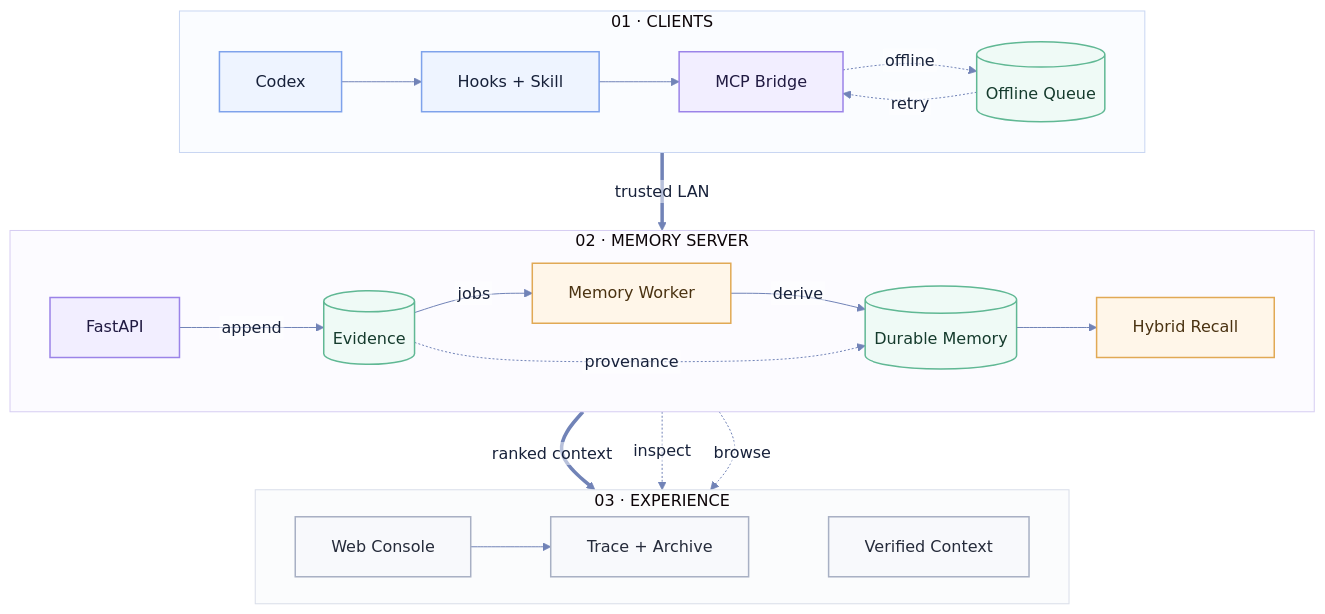
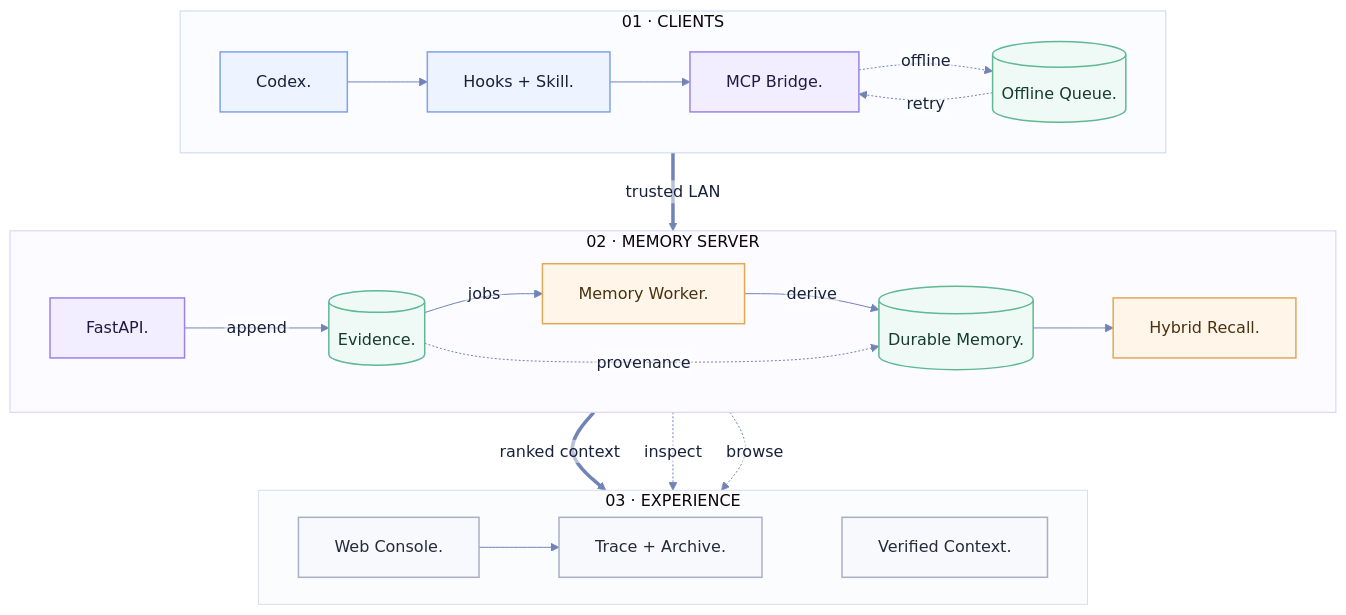
The diagram in docs/architecture.mmd (dawncc/OPEM), drawn with Mermaid before and after one commit. The commit also changed 7 other files, not shown here.

Commit message:
docs: refresh architecture assets

```diff
--- a/docs/architecture.mmd
+++ b/docs/architecture.mmd
@@ -1,80 +1,80 @@
 %%{init: {
   "theme": "base",
   "themeVariables": {
     "fontFamily": "Arial, Microsoft YaHei, sans-serif",
     "primaryColor": "#F4F7FF",
     "primaryTextColor": "#17213A",
     "primaryBorderColor": "#A9B9E8",
     "lineColor": "#7183B7",
     "secondaryColor": "#F8F6FF",
     "tertiaryColor": "#F3FBF8",
     "clusterBkg": "#FAFBFF",
     "clusterBorder": "#D9E0F2",
     "edgeLabelBackground": "#FFFFFF"
   },
   "flowchart": {
     "curve": "basis",
     "htmlLabels": false,
     "nodeSpacing": 34,
     "rankSpacing": 55,
     "padding": 18
   }
 }}%%
 flowchart TB
     subgraph CLIENTS["01 · CLIENTS"]
         direction LR
-        CODEX["Codex "]
-        CAPTURE["Hooks + Skill "]
-        BRIDGE["MCP Bridge "]
-        QUEUE[("Offline Queue ")]
+        CODEX["Codex."]
+        CAPTURE["Hooks + Skill."]
+        BRIDGE["MCP Bridge."]
+        QUEUE[("Offline Queue.")]
 
         CODEX --> CAPTURE --> BRIDGE
         BRIDGE -. "offline" .-> QUEUE
         QUEUE -. "retry" .-> BRIDGE
     end
 
     subgraph SERVER["02 · MEMORY SERVER"]
         direction LR
-        API["FastAPI "]
-        RAW[("Evidence ")]
-        WORKER["Memory Worker "]
-        MEMORY[("Durable Memory ")]
-        RECALL["Hybrid Recall "]
+        API["FastAPI."]
+        RAW[("Evidence.")]
+        WORKER["Memory Worker."]
+        MEMORY[("Durable Memory.")]
+        RECALL["Hybrid Recall."]
 
         API -->|"append"| RAW
         RAW -->|"jobs"| WORKER
         WORKER -->|"derive"| MEMORY
         MEMORY --> RECALL
         RAW -. "provenance" .-> MEMORY
     end
 
     subgraph EXPERIENCE["03 · EXPERIENCE"]
         direction LR
-        UI["Web Console "]
-        TRACE["Trace + Archive "]
-        CONTEXT["Verified Context "]
+        UI["Web Console."]
+        TRACE["Trace + Archive."]
+        CONTEXT["Verified Context."]
 
         UI --> TRACE
         TRACE ~~~ CONTEXT
     end
 
     BRIDGE ==>|"trusted LAN"| API
     RECALL ==>|"ranked context"| CONTEXT
     RAW -. "inspect" .-> TRACE
     MEMORY -. "browse" .-> UI
 
     classDef client fill:#EEF4FF,stroke:#7EA2EB,color:#17213A,stroke-width:1.5px;
     classDef ingest fill:#F2EEFF,stroke:#9B83E8,color:#211A42,stroke-width:1.5px;
     classDef store fill:#EFFAF6,stroke:#60B894,color:#153B2D,stroke-width:1.5px;
     classDef process fill:#FFF6E9,stroke:#E1A955,color:#4A3211,stroke-width:1.5px;
     classDef view fill:#F8F9FC,stroke:#A8B0C4,color:#252B3A,stroke-width:1.5px;
 
     class CODEX,CAPTURE client;
     class BRIDGE,API ingest;
     class QUEUE,RAW,MEMORY store;
     class WORKER,RECALL process;
     class UI,TRACE,CONTEXT view;
 
     style CLIENTS fill:#FAFCFF,stroke:#C8D6F2,stroke-width:1px,color:#53648B
     style SERVER fill:#FCFBFF,stroke:#D6CDF2,stroke-width:1px,color:#66568B
     style EXPERIENCE fill:#FBFCFD,stroke:#D9DEE9,stroke-width:1px,color:#687087
```
